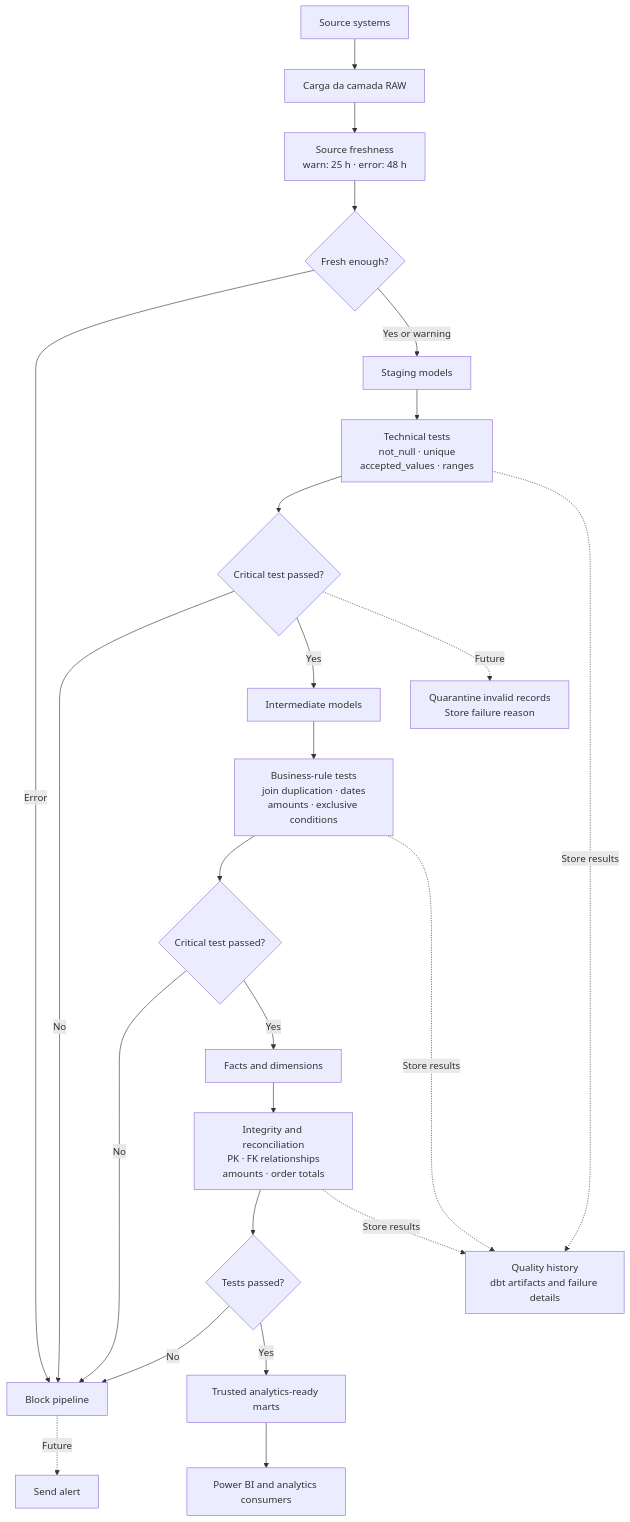
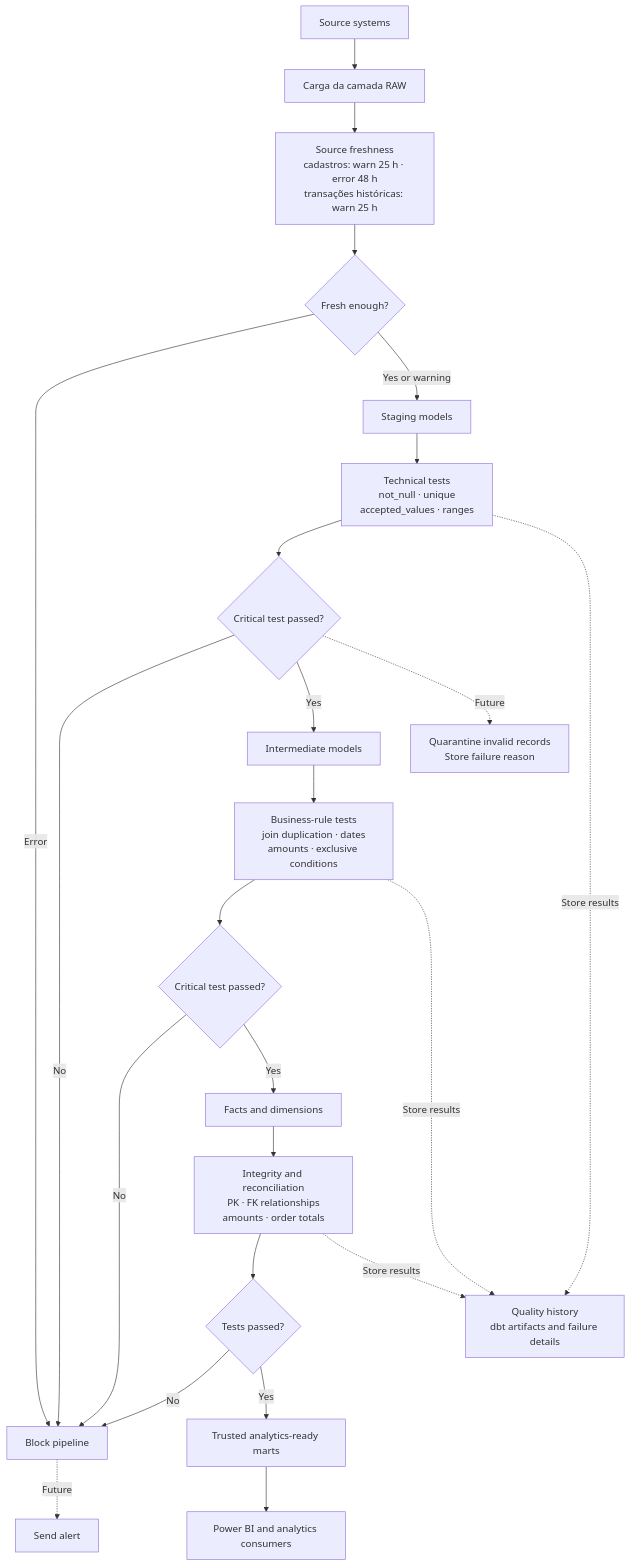
Before and after one commit to comerlatto/modern-data-platform: the third of 4 diagrams in README.md, drawn with Mermaid. The commit also changed other lines of this file and 24 other files, not shown here.

````diff
--- a/README.md
+++ b/README.md
@@ -194,35 +199,35 @@
 ```mermaid
 flowchart TD
     A["Source systems"] --> B["Carga da camada RAW"]
-    B --> C["Source freshness<br/>warn: 25 h · error: 48 h"]
+    B --> C["Source freshness<br/>cadastros: warn 25 h · error 48 h<br/>transações históricas: warn 25 h"]
     C --> D{"Fresh enough?"}
 
     D -- "Error" --> X["Block pipeline"]
     D -- "Yes or warning" --> E["Staging models"]
 
     E --> F["Technical tests<br/>not_null · unique<br/>accepted_values · ranges"]
     F --> G{"Critical test passed?"}
 
     G -- "No" --> X
     G -- "Yes" --> H["Intermediate models"]
 
     H --> I["Business-rule tests<br/>join duplication · dates<br/>amounts · exclusive conditions"]
     I --> J{"Critical test passed?"}
 
     J -- "No" --> X
     J -- "Yes" --> K["Facts and dimensions"]
 
     K --> L["Integrity and reconciliation<br/>PK · FK relationships<br/>amounts · order totals"]
     L --> M{"Tests passed?"}
 
     M -- "No" --> X
     M -- "Yes" --> N["Trusted analytics-ready marts"]
     N --> O["Power BI and analytics consumers"]
 
     F -. "Store results" .-> P["Quality history<br/>dbt artifacts and failure details"]
     I -. "Store results" .-> P
     L -. "Store results" .-> P
 
     X -. "Future" .-> Q["Send alert"]
     G -. "Future" .-> R["Quarantine invalid records<br/>Store failure reason"]
 ```
````
